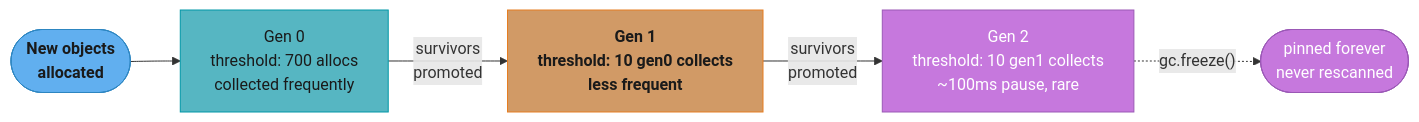
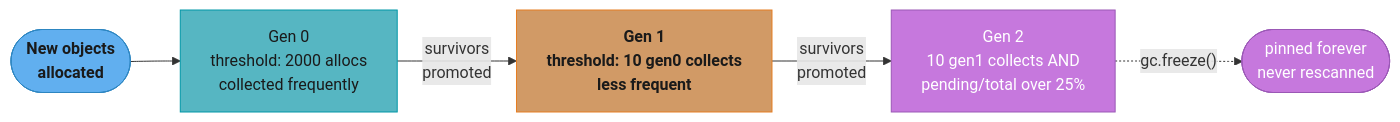
The fourth of 5 diagrams in src/main/java/com/rutik/systemdesign/python/cpython_memory_model/README.md (rppol/system-design), drawn with Mermaid before and after one commit. The commit also changed other lines of this file and 4 other files, not shown here.

````diff
--- a/src/main/java/com/rutik/systemdesign/python/cpython_memory_model/README.md
+++ b/src/main/java/com/rutik/systemdesign/python/cpython_memory_model/README.md
@@ -202,21 +211,21 @@
 ```mermaid
 flowchart LR
     classDef io      fill:#61afef,stroke:#2e86c1,color:#1a1a1a,font-weight:bold
     classDef frozen  fill:#c678dd,stroke:#9b59b6,color:#fff
     classDef train   fill:#98c379,stroke:#27ae60,color:#1a1a1a
     classDef mathOp  fill:#d19a66,stroke:#e67e22,color:#1a1a1a,font-weight:bold
     classDef lossN   fill:#e06c75,stroke:#c0392b,color:#fff,font-weight:bold
     classDef req     fill:#56b6c2,stroke:#0097a7,color:#1a1a1a
     classDef base    fill:#e5c07b,stroke:#f39c12,color:#1a1a1a
 
-    new(["New objects<br/>allocated"]) --> gen0["Gen 0<br/>threshold: 700 allocs<br/>collected frequently"]
+    new(["New objects<br/>allocated"]) --> gen0["Gen 0<br/>threshold: 2000 allocs<br/>collected frequently"]
     gen0 -->|"survivors<br/>promoted"| gen1["Gen 1<br/>threshold: 10 gen0 collects<br/>less frequent"]
-    gen1 -->|"survivors<br/>promoted"| gen2["Gen 2<br/>threshold: 10 gen1 collects<br/>~100ms pause, rare"]
+    gen1 -->|"survivors<br/>promoted"| gen2["Gen 2<br/>10 gen1 collects AND<br/>pending/total over 25%"]
     gen2 -.->|"gc.freeze()"| pinned(["pinned forever<br/>never rescanned"])
 
     class new io
     class gen0 req
     class gen1 mathOp
     class gen2 frozen
     class pinned frozen
 ```
````
